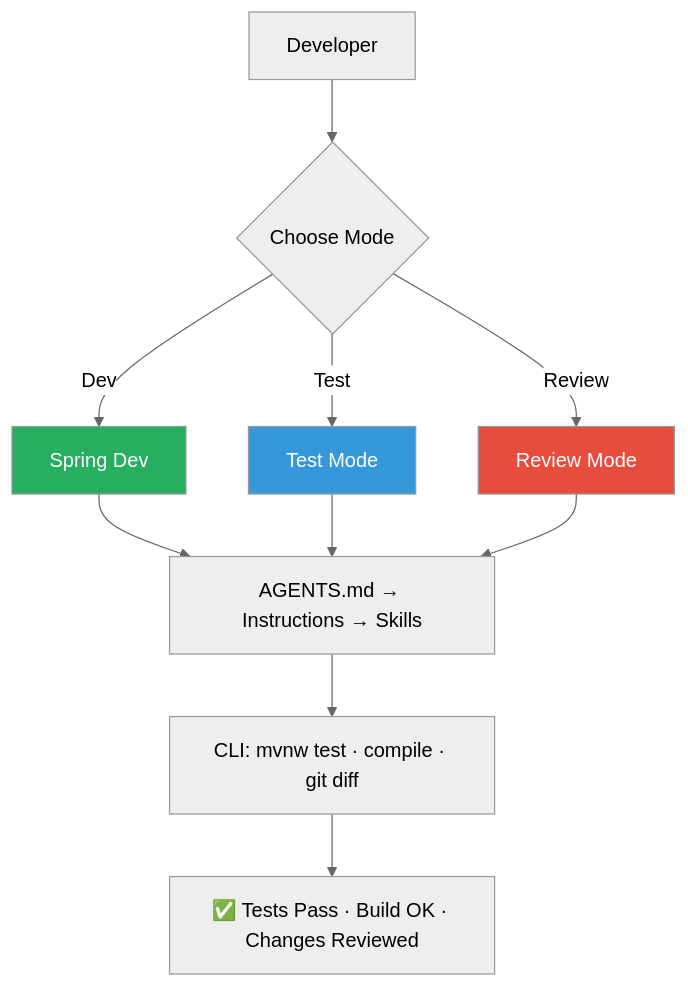
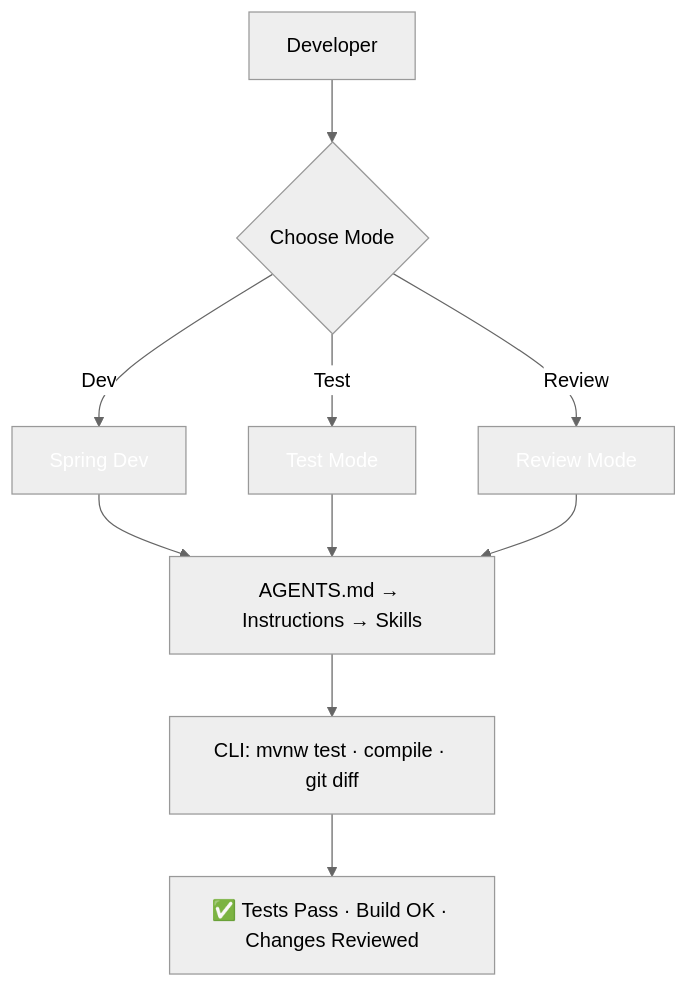
The fifth of 12 diagrams in README.md (abossard/ghcp-agent-2024), drawn with Mermaid (neutral theme) before and after one commit. The commit also changed other lines of this file, not shown here.

````diff
--- a/README.md
+++ b/README.md
@@ -89,15 +124,15 @@
 ```mermaid
 flowchart TB
     A[Developer] --> B{Choose Mode}
     B -->|Dev| D[Spring Dev]
     B -->|Test| E[Test Mode]
     B -->|Review| F[Review Mode]
 
     D & E & F --> G[AGENTS.md → Instructions → Skills]
     G --> H[CLI: mvnw test · compile · git diff]
     H --> I[✅ Tests Pass · Build OK · Changes Reviewed]
 
-    style D fill:#27ae60,color:#fff
-    style E fill:#3498db,color:#fff
-    style F fill:#e74c3c,color:#fff
+    style D color:#fff
+    style E color:#fff
+    style F color:#fff
 ```
````
